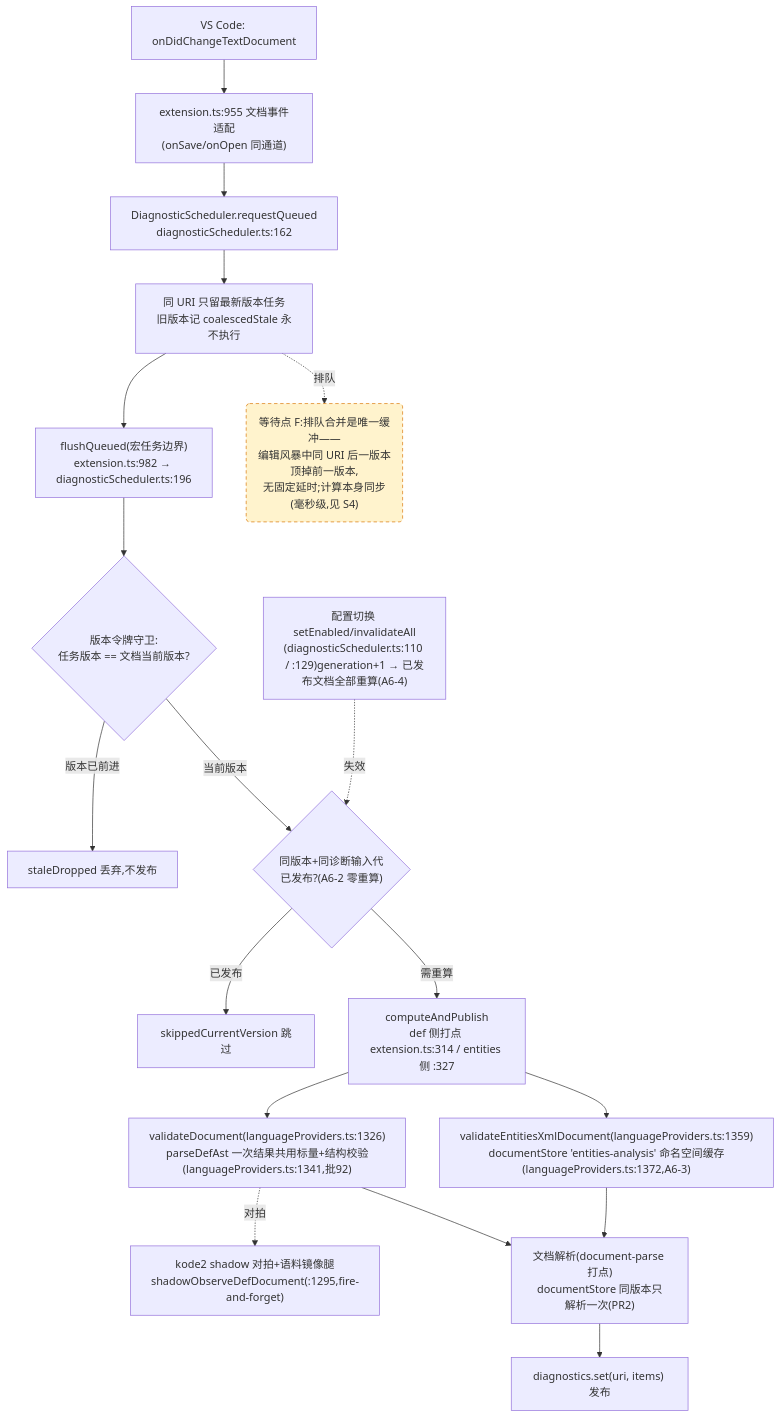
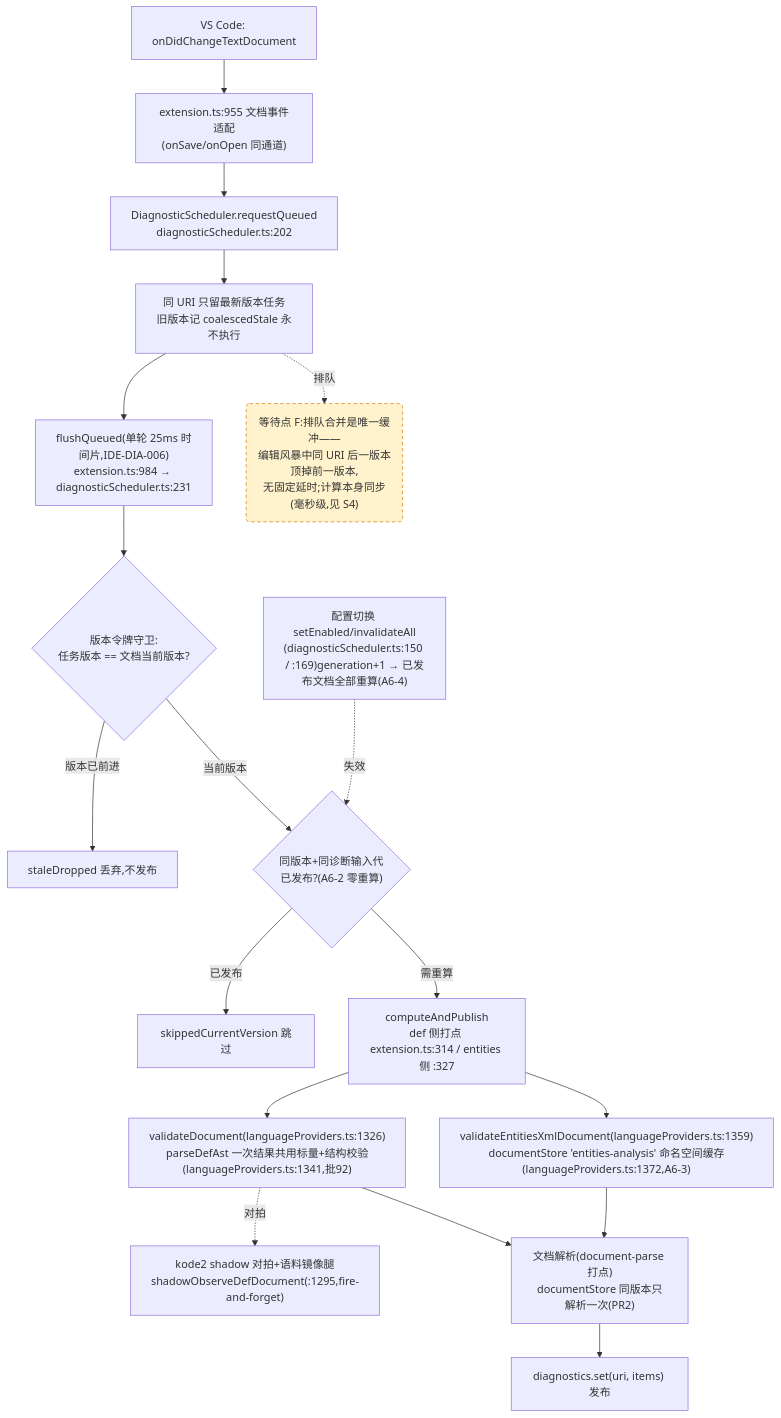
The fourth of 4 diagrams in docs/perf/2026-baseline.md (cuihairu/kode), drawn with Mermaid before and after one commit. The commit also changed 5 other files, not shown here.

Commit message:
fix: time-slice diagnostic flush rounds

````diff
--- a/docs/perf/2026-baseline.md
+++ b/docs/perf/2026-baseline.md
@@ -214,38 +214,38 @@
 ```mermaid
 flowchart TD
   CHG["VS Code: onDidChangeTextDocument"]
   WATCH["extension.ts:955 文档事件适配<br/>(onSave/onOpen 同通道)"]
-  RQ["DiagnosticScheduler.requestQueued<br/>diagnosticScheduler.ts:162"]
+  RQ["DiagnosticScheduler.requestQueued<br/>diagnosticScheduler.ts:202"]
   CO["同 URI 只留最新版本任务<br/>旧版本记 coalescedStale 永不执行"]
-  FL["flushQueued(宏任务边界)<br/>extension.ts:982 → diagnosticScheduler.ts:196"]
+  FL["flushQueued(单轮 25ms 时间片,IDE-DIA-006)<br/>extension.ts:984 → diagnosticScheduler.ts:231"]
   VG{"版本令牌守卫:<br/>任务版本 == 文档当前版本?"}
   DROP["staleDropped 丢弃,不发布"]
   GEN{"同版本+同诊断输入代<br/>已发布?(A6-2 零重算)"}
   SKIP["skippedCurrentVersion 跳过"]
   CALC["computeAndPublish<br/>def 侧打点 extension.ts:314 / entities 侧 :327"]
   VD["validateDocument(languageProviders.ts:1326)<br/>parseDefAst 一次结果共用标量+结构校验(languageProviders.ts:1341,批92)"]
   VEX["validateEntitiesXmlDocument(languageProviders.ts:1359)<br/>documentStore 'entities-analysis' 命名空间缓存(languageProviders.ts:1372,A6-3)"]
   SHDD["kode2 shadow 对拍+语料镜像腿<br/>shadowObserveDefDocument(:1295,fire-and-forget)"]
   DS["文档解析(document-parse 打点)<br/>documentStore 同版本只解析一次(PR2)"]
   PUB["diagnostics.set(uri, items) 发布"]
-  CFG2["配置切换 setEnabled/invalidateAll<br/>(diagnosticScheduler.ts:110 / :129)generation+1 → 已发布文档全部重算(A6-4)"]
+  CFG2["配置切换 setEnabled/invalidateAll<br/>(diagnosticScheduler.ts:150 / :169)generation+1 → 已发布文档全部重算(A6-4)"]
 
   CHG --> WATCH --> RQ --> CO --> FL --> VG
   VG -- "版本已前进" --> DROP
   VG -- "当前版本" --> GEN
   GEN -- "已发布" --> SKIP
   GEN -- "需重算" --> CALC
   CALC --> VD
   CALC --> VEX
   VD --> DS
   VEX --> DS
   DS --> PUB
   VD -.->|对拍| SHDD
   CFG2 -.->|失效| GEN
 
   WAITF("等待点 F:排队合并是唯一缓冲——<br/>编辑风暴中同 URI 后一版本顶掉前一版本,<br/>无固定延时;计算本身同步(毫秒级,见 S4)")
   CO -.->|排队| WAITF
 
   classDef waitPoint fill:#fff3cd,stroke:#d97706,stroke-dasharray:5 4;
   class WAITF waitPoint;
 ```
````
